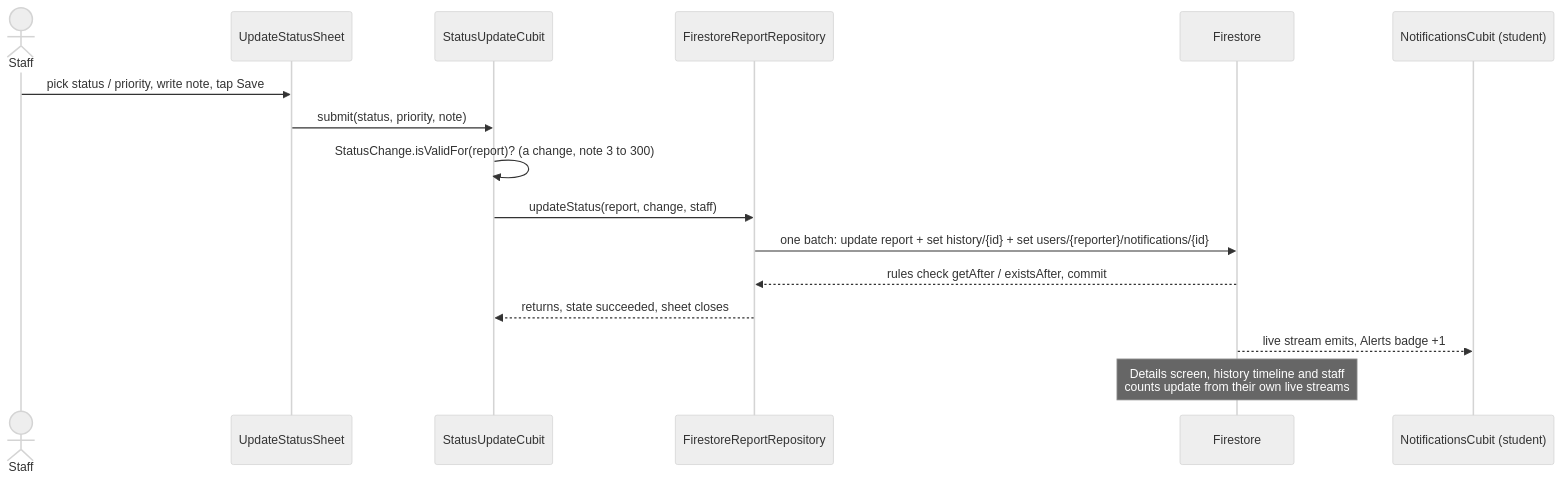
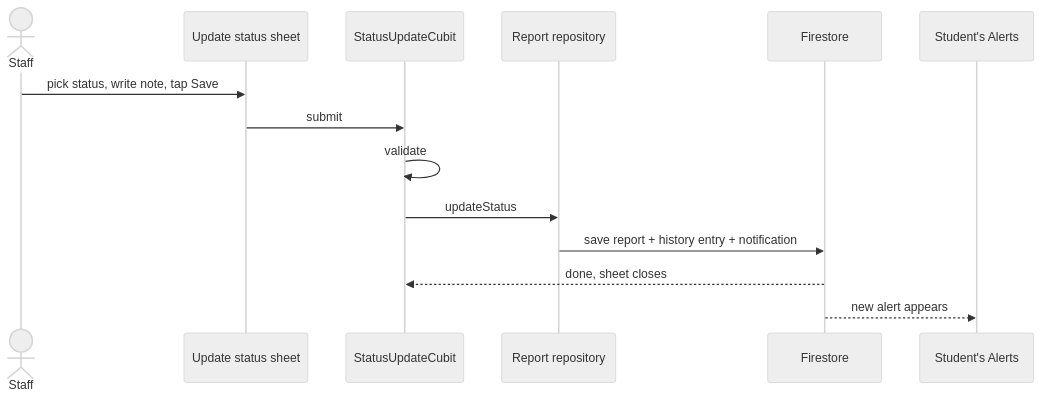
Before and after one commit to rebakevin/Hero: the fourth of 6 diagrams in docs/Hero Technical Documentation.md, drawn with Mermaid (neutral theme). The commit also changed other lines of this file, not shown here.

````diff
--- a/docs/Hero Technical Documentation.md
+++ b/docs/Hero Technical Documentation.md
@@ -248,18 +203,16 @@
 ```mermaid
 sequenceDiagram
     actor T as Staff
-    participant S as UpdateStatusSheet
+    participant S as Update status sheet
     participant C as StatusUpdateCubit
-    participant R as FirestoreReportRepository
+    participant R as Report repository
     participant DB as Firestore
-    participant N as NotificationsCubit (student)
-    T ->> S: pick status / priority, write note, tap Save
-    S ->> C: submit(status, priority, note)
-    C ->> C: StatusChange.isValidFor(report)? (a change, note 3 to 300)
-    C ->> R: updateStatus(report, change, staff)
-    R ->> DB: one batch: update report + set history/{id} + set users/{reporter}/notifications/{id}
-    DB -->> R: rules check getAfter / existsAfter, commit
-    R -->> C: returns, state succeeded, sheet closes
-    DB -->> N: live stream emits, Alerts badge +1
-    Note over DB: Details screen, history timeline and staff<br/>counts update from their own live streams
+    participant N as Student's Alerts
+    T ->> S: pick status, write note, tap Save
+    S ->> C: submit
+    C ->> C: validate
+    C ->> R: updateStatus
+    R ->> DB: save report + history entry + notification
+    DB -->> C: done, sheet closes
+    DB -->> N: new alert appears
 ```
````
